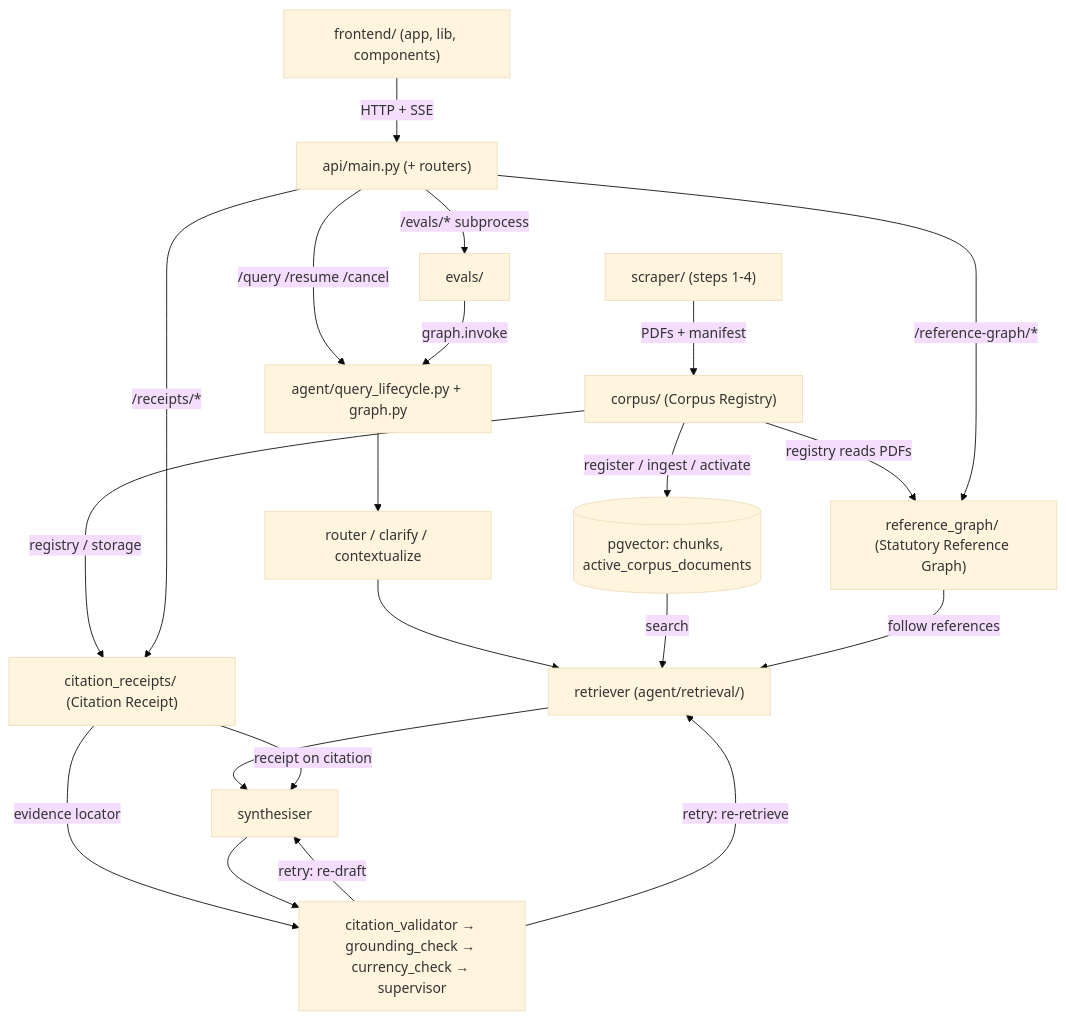
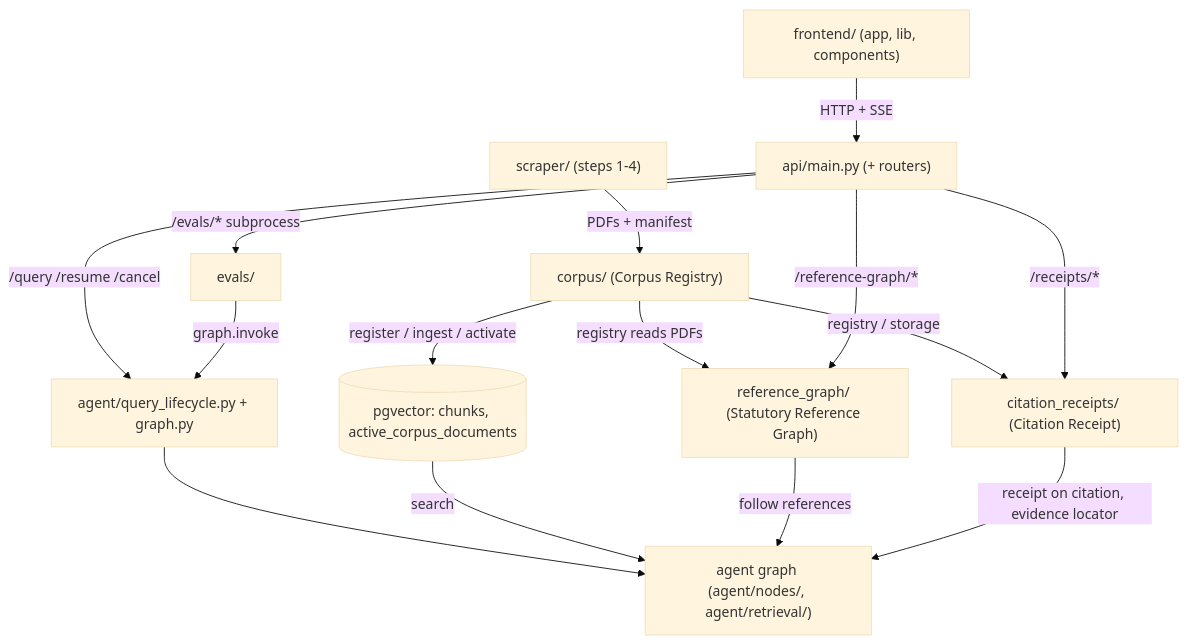
Before and after one commit to aishahsofea/ai-legal-tool: the first of 2 diagrams in CONTRIBUTING.md, drawn with Mermaid (base theme). The commit also changed other lines of this file, not shown here.

Commit message:
phase 4: Collapse the Architecture map's graph boxes into one

````diff
--- a/CONTRIBUTING.md
+++ b/CONTRIBUTING.md
@@ -20,37 +20,28 @@
 ```mermaid
 flowchart TB
   SRC["scraper/ (steps 1-4)"]
   CORPUS["corpus/ (Corpus Registry)"]
   PG[("pgvector: chunks, active_corpus_documents")]
   REFG["reference_graph/ (Statutory Reference Graph)"]
   RCPT["citation_receipts/ (Citation Receipt)"]
   API["api/main.py (+ routers)"]
   FE["frontend/ (app, lib, components)"]
   LIFE["agent/query_lifecycle.py + graph.py"]
-  ROUTE["router / clarify / contextualize"]
-  RETR["retriever (agent/retrieval/)"]
-  SYNTH["synthesiser"]
-  VERIFY["citation_validator → grounding_check → currency_check → supervisor"]
+  GRAPH["agent graph (agent/nodes/, agent/retrieval/)"]
   EVALS["evals/"]
 
   SRC -->|"PDFs + manifest"| CORPUS
   CORPUS -->|"register / ingest / activate"| PG
   CORPUS -->|"registry reads PDFs"| REFG
   CORPUS -->|"registry / storage"| RCPT
   FE -->|"HTTP + SSE"| API
   API -->|"/query /resume /cancel"| LIFE
   API -->|"/receipts/*"| RCPT
   API -->|"/reference-graph/*"| REFG
   API -->|"/evals/* subprocess"| EVALS
-  LIFE --> ROUTE
-  ROUTE --> RETR
-  PG -->|"search"| RETR
-  REFG -->|"follow references"| RETR
-  RETR --> SYNTH
-  RCPT -->|"receipt on citation"| SYNTH
-  RCPT -->|"evidence locator"| VERIFY
-  SYNTH --> VERIFY
-  VERIFY -->|"retry: re-draft"| SYNTH
-  VERIFY -->|"retry: re-retrieve"| RETR
+  LIFE --> GRAPH
+  PG -->|"search"| GRAPH
+  REFG -->|"follow references"| GRAPH
+  RCPT -->|"receipt on citation, evidence locator"| GRAPH
   EVALS -->|"graph.invoke"| LIFE
 ```
````
